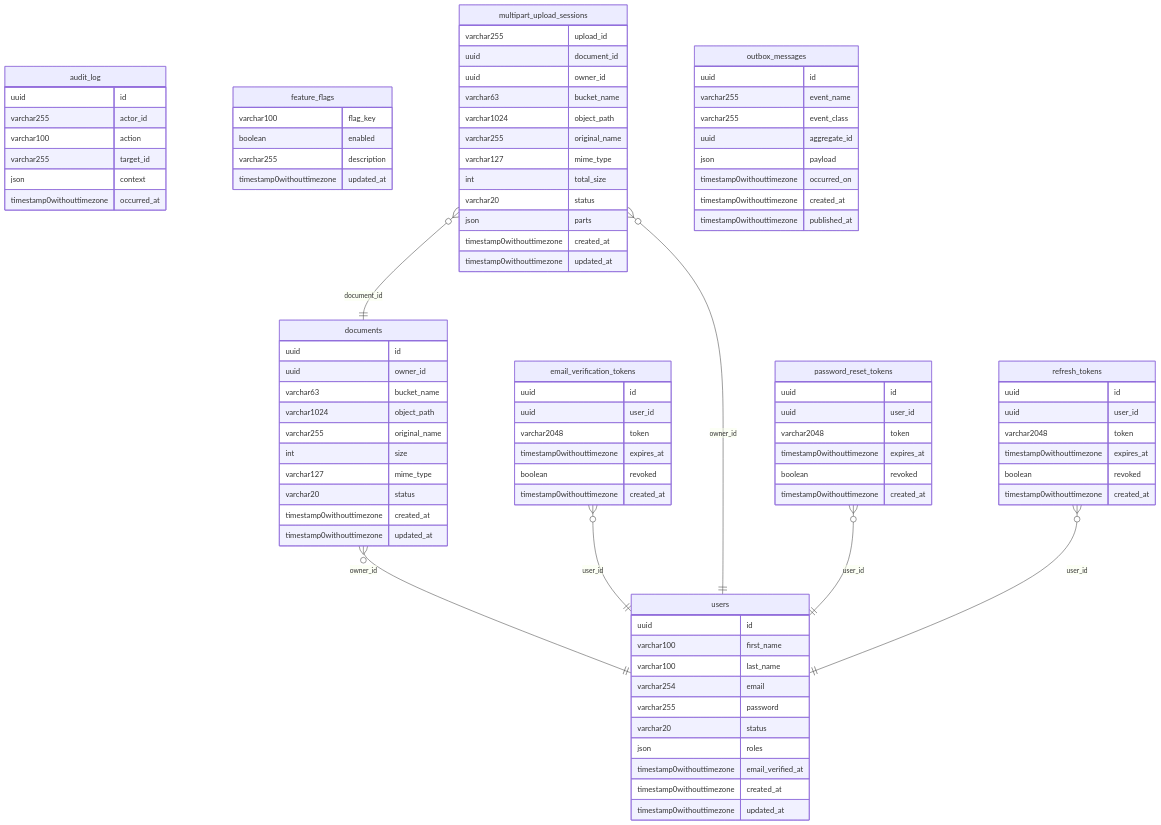
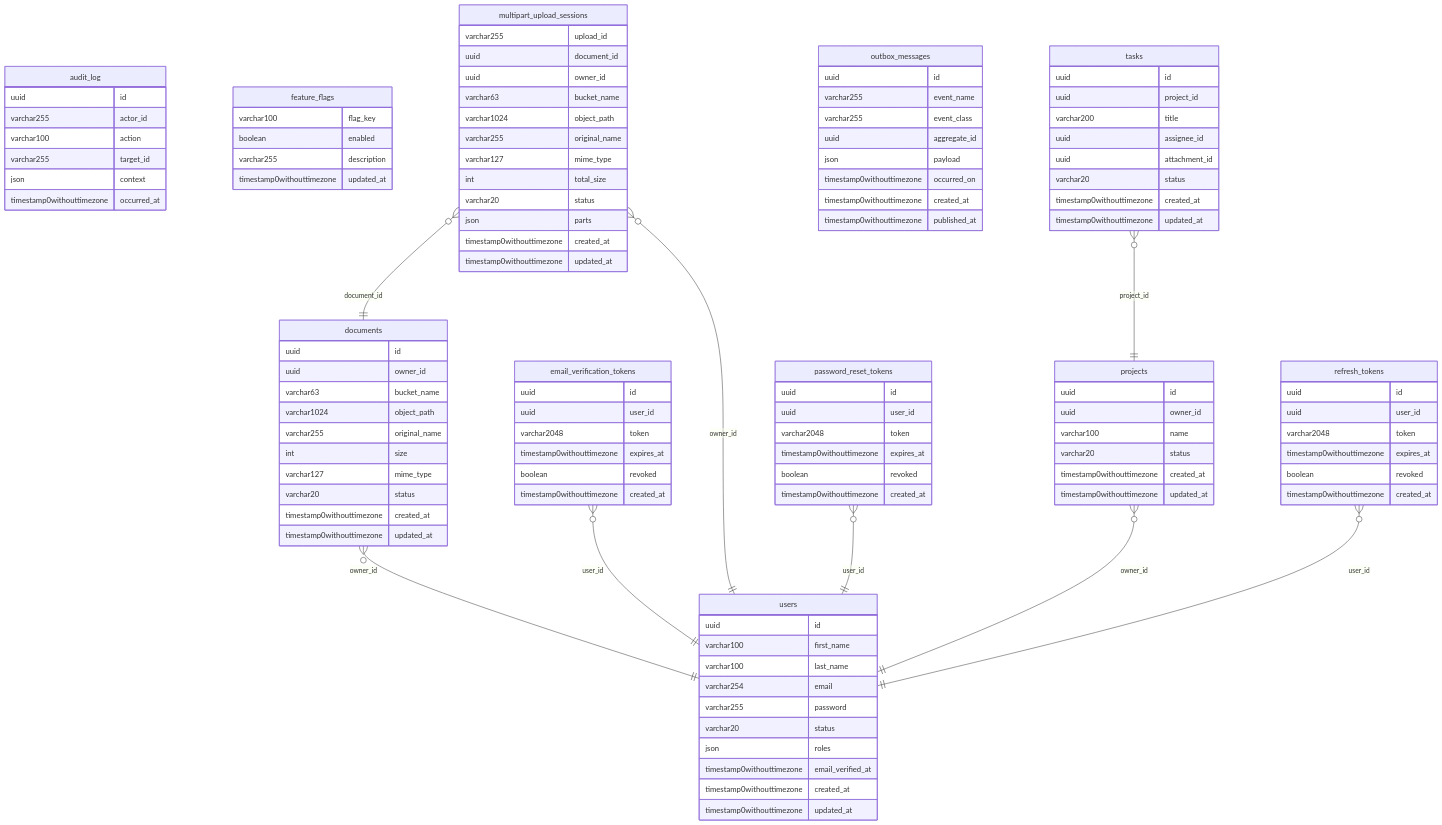
The diagram in docs/er-diagram.md (SorenMesselier-Sentis/template-ddd-symfony-api), drawn with Mermaid before and after one commit.

Commit message:
chore: regenerate ER diagram

````diff
--- a/docs/er-diagram.md
+++ b/docs/er-diagram.md
@@ -68,6 +68,14 @@
         boolean revoked
         timestamp0withouttimezone created_at
     }
+    projects {
+        uuid id
+        uuid owner_id
+        varchar100 name
+        varchar20 status
+        timestamp0withouttimezone created_at
+        timestamp0withouttimezone updated_at
+    }
     refresh_tokens {
         uuid id
         uuid user_id
@@ -75,6 +83,16 @@
         timestamp0withouttimezone expires_at
         boolean revoked
         timestamp0withouttimezone created_at
+    }
+    tasks {
+        uuid id
+        uuid project_id
+        varchar200 title
+        uuid assignee_id
+        uuid attachment_id
+        varchar20 status
+        timestamp0withouttimezone created_at
+        timestamp0withouttimezone updated_at
     }
     users {
         uuid id
@@ -93,5 +111,7 @@
     multipart_upload_sessions }o--|| documents : "document_id"
     multipart_upload_sessions }o--|| users : "owner_id"
     password_reset_tokens }o--|| users : "user_id"
+    projects }o--|| users : "owner_id"
     refresh_tokens }o--|| users : "user_id"
+    tasks }o--|| projects : "project_id"
 ```
````
